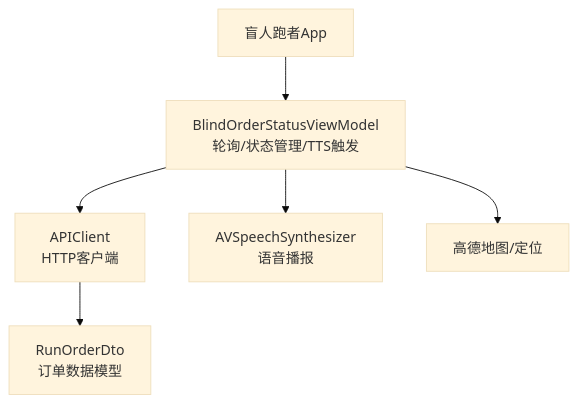
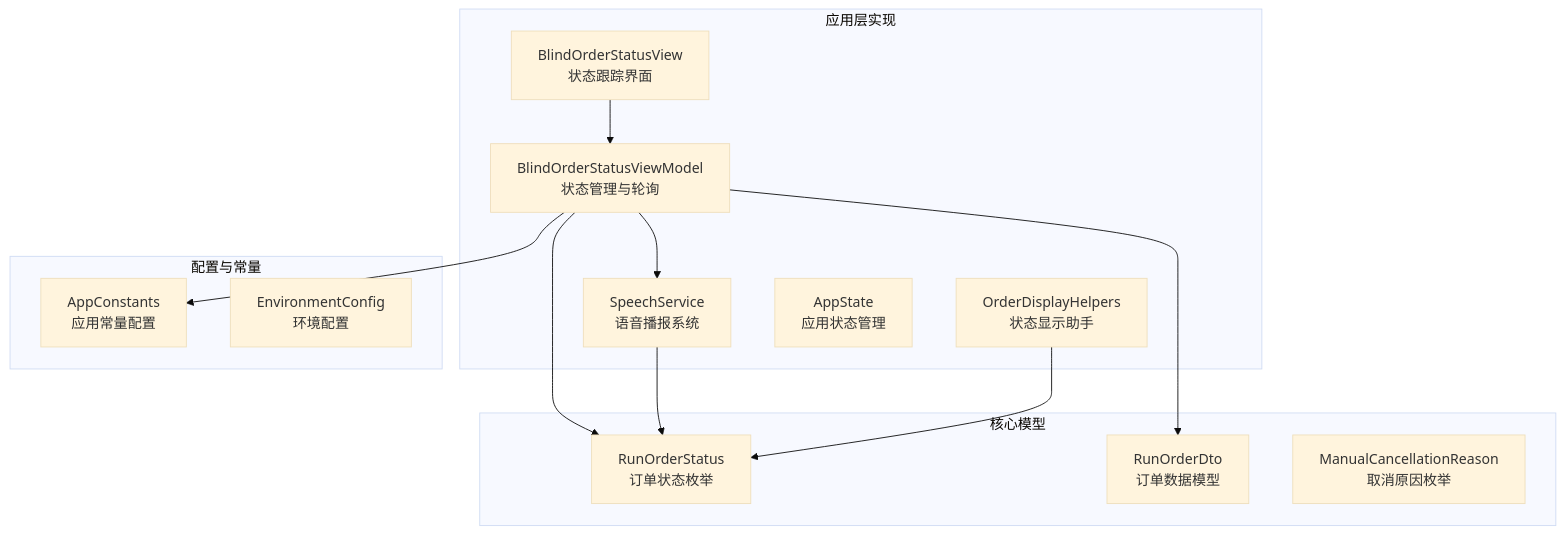
Before and after one commit to Jayden23018/blind-run-ios: the first of 4 diagrams in .qoder/repowiki/zh/content/核心功能模块/盲人跑者功能/订单状态跟踪.md, drawn with Mermaid (base theme). The commit also changed other lines of this file and 14 other files, not shown here.

Commit message:
Improve blind runner booking map and speech input flows

````diff
--- a/.qoder/repowiki/zh/content/核心功能模块/盲人跑者功能/订单状态跟踪.md
+++ b/.qoder/repowiki/zh/content/核心功能模块/盲人跑者功能/订单状态跟踪.md
@@ -99,14 +53,26 @@
 ```mermaid
 graph TB
-BR["盲人跑者App"]
-VM["BlindOrderStatusViewModel<br/>轮询/状态管理/TTS触发"]
-API["APIClient<br/>HTTP客户端"]
-DTO["RunOrderDto<br/>订单数据模型"]
-TTS["AVSpeechSynthesizer<br/>语音播报"]
-MAP["高德地图/定位"]
-BR --> VM
-VM --> API
-API --> DTO
-VM --> TTS
-VM --> MAP
+subgraph "应用层实现"
+A1["BlindOrderStatusView<br/>状态跟踪界面"]
+A2["BlindOrderStatusViewModel<br/>状态管理与轮询"]
+A3["SpeechService<br/>语音播报系统"]
+A4["OrderDisplayHelpers<br/>状态显示助手"]
+A5["AppState<br/>应用状态管理"]
+end
+subgraph "核心模型"
+B1["RunOrderStatus<br/>订单状态枚举"]
+B2["RunOrderDto<br/>订单数据模型"]
+B3["ManualCancellationReason<br/>取消原因枚举"]
+end
+subgraph "配置与常量"
+C1["AppConstants<br/>应用常量配置"]
+C2["EnvironmentConfig<br/>环境配置"]
+end
+A1 --> A2
+A2 --> A3
+A2 --> B1
+A2 --> B2
+A2 --> C1
+A3 --> B1
+A4 --> B1
 ```
````
